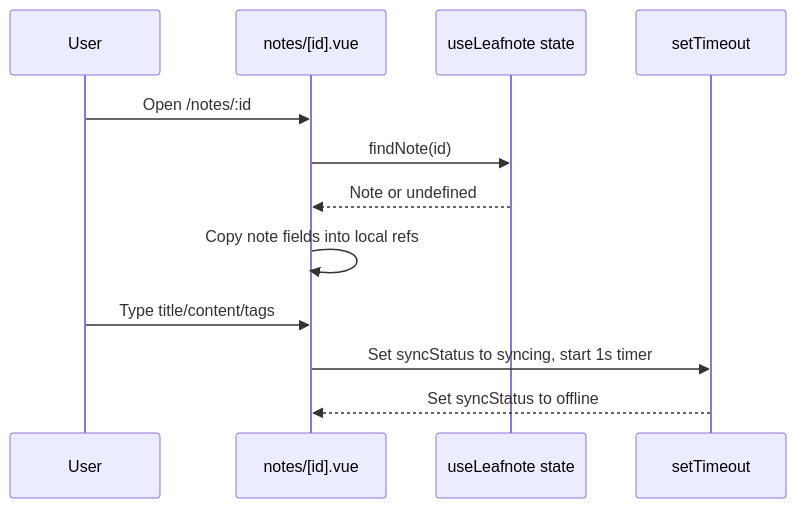
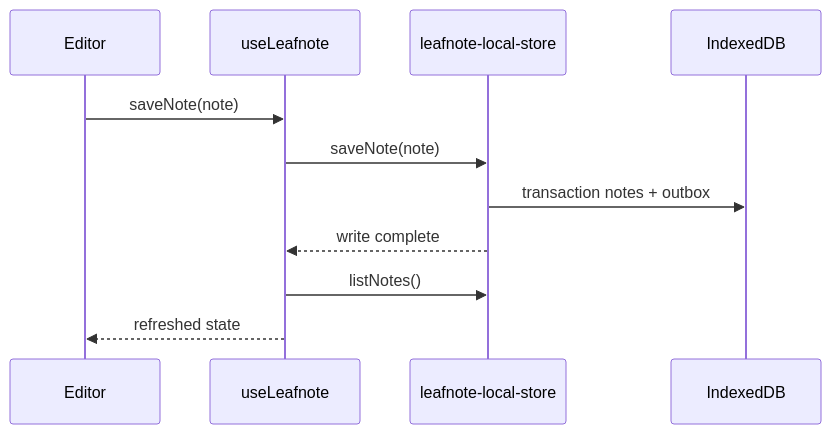
The third of 4 diagrams in ARCHITECTURE.md (radenadri/leafnote), drawn with Mermaid before and after one commit. The commit also changed other lines of this file and 5 other files, not shown here.

Commit message:
docs: update project architecture and CI workflow to reflect post-MVP local-first implementation

````diff
--- a/ARCHITECTURE.md
+++ b/ARCHITECTURE.md
@@ -286,15 +236,14 @@
 ```mermaid
 sequenceDiagram
-  participant User
-  participant Editor as notes/[id].vue
-  participant State as useLeafnote state
-  participant Timer as setTimeout
+  participant Editor
+  participant Facade as useLeafnote
+  participant Store as leafnote-local-store
+  participant DB as IndexedDB
 
-  User->>Editor: Open /notes/:id
-  Editor->>State: findNote(id)
-  State-->>Editor: Note or undefined
-  Editor->>Editor: Copy note fields into local refs
-  User->>Editor: Type title/content/tags
-  Editor->>Timer: Set syncStatus to syncing, start 1s timer
-  Timer-->>Editor: Set syncStatus to offline
+  Editor->>Facade: saveNote(note)
+  Facade->>Store: saveNote(note)
+  Store->>DB: transaction notes + outbox
+  Store-->>Facade: write complete
+  Facade->>Store: listNotes()
+  Facade-->>Editor: refreshed state
 ```
````
